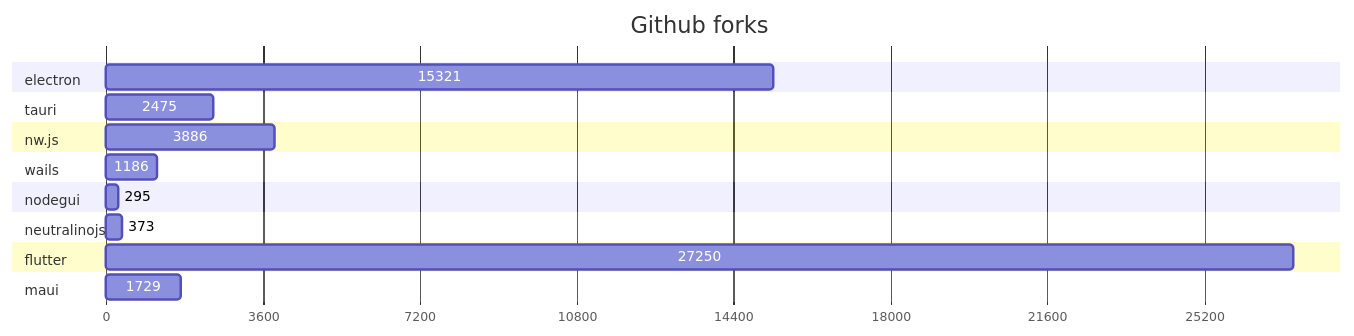
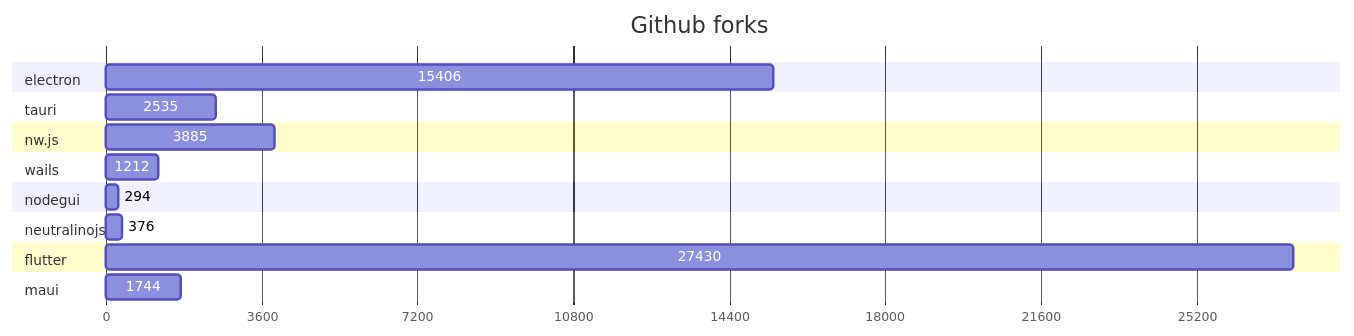
One commit to Elanis/web-to-desktop-framework-comparison changed the second of 2 diagrams in GRAPHS.md. Above: the diagram before and after it, drawn with Mermaid. The commit also changed other lines of this file and 2 other files, not shown here.

Commit message:
Update stars & Fork

````diff
--- a/GRAPHS.md
+++ b/GRAPHS.md
@@ -47,40 +47,40 @@
 ```mermaid
 gantt
     title Github forks
     dateFormat  X
     axisFormat %s
 
 
 	section electron
-	15321 : 0, 15321
+	15406 : 0, 15406
 
 	
 	section tauri
-	2475 : 0, 2475
+	2535 : 0, 2535
 
 	
 	section nw.js
-	3886 : 0, 3886
+	3885 : 0, 3885
 
 	
 	section wails
-	1186 : 0, 1186
+	1212 : 0, 1212
 
 	
 	section nodegui
-	295 : 0, 295
+	294 : 0, 294
 
 	
 	section neutralinojs
-	373 : 0, 373
+	376 : 0, 376
 
 	
 	section flutter
-	27250 : 0, 27250
+	27430 : 0, 27430
 
 	
 	section maui
-	1729 : 0, 1729
+	1744 : 0, 1744
 
 	
 ```
````
